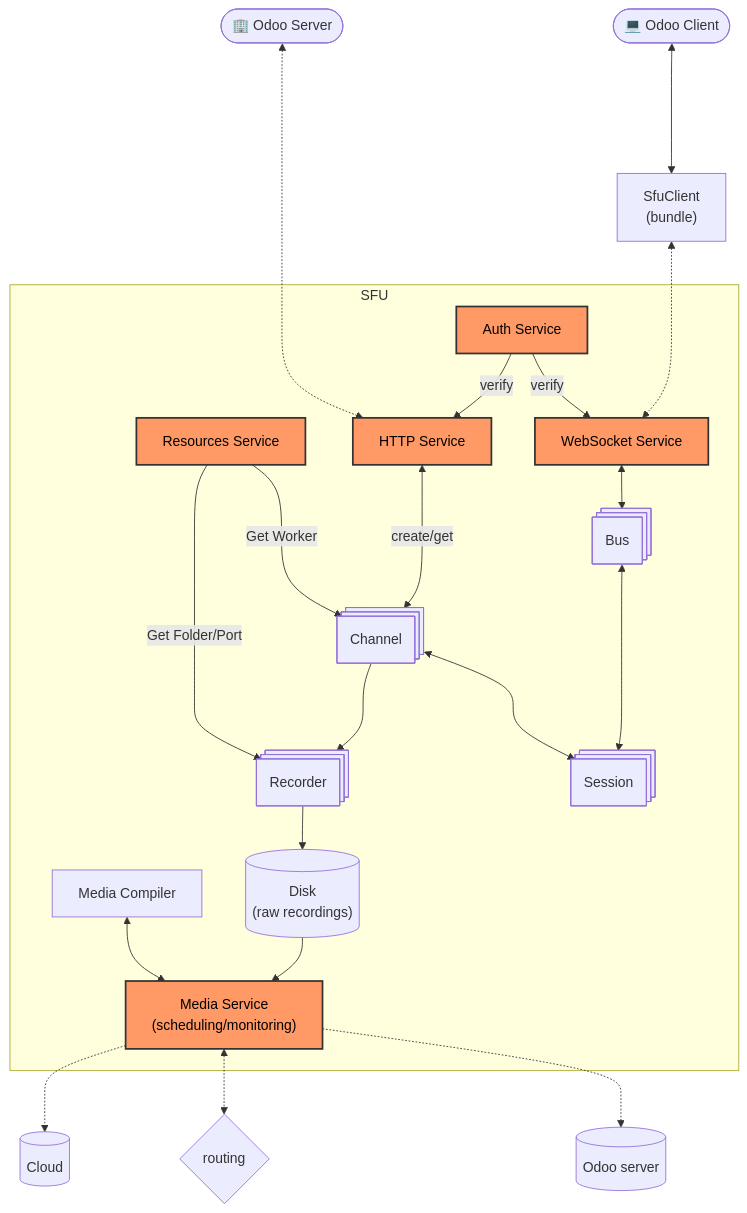
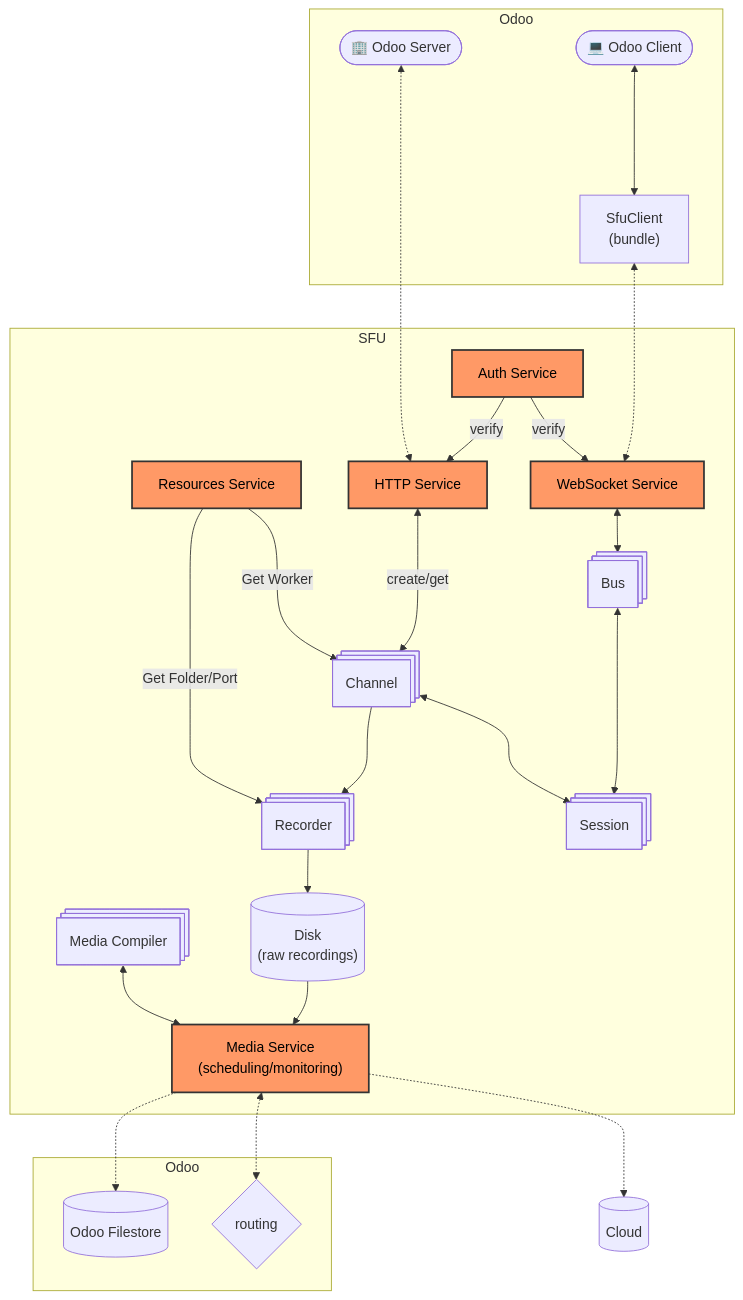
The first of 2 diagrams in doc/architecture.md (odoo/sfu), drawn with Mermaid before and after one commit. The commit also changed other lines of this file, not shown here.

Commit message:
[wip] arch graph

````diff
--- a/doc/architecture.md
+++ b/doc/architecture.md
@@ -3,54 +3,63 @@
 ```mermaid
 flowchart TB
  subgraph s1["SFU"]
         HTTP["HTTP Service"]
         WS["WebSocket Service"]
         Auth["Auth Service"]
         Bus["Bus"]
         Channel["Channel"]
         Resources["Resources Service"]
         Recorder["Recorder"]
         Media["Media Service<br>(scheduling/monitoring)"]
         Session["Session"]
         Disk["Disk<br>(raw recordings)"]
-        MC
+        MC["Media Compiler"]
+  end
+  subgraph s2["Odoo"]
+        Server(["🏢 Odoo Server"])
+        Client(["💻 Odoo Client"])
+        CB["SfuClient</br>(bundle)"]
   end
     C1["Cloud"]
     Auth -- verify --> WS
-    Server(["🏢 Odoo Server"]) <-.....-> HTTP
-    CB["SfuClient</br>(bundle)"]
-    Client(["💻 Odoo Client"]) <----> CB
+    Server <-.....-> HTTP
+    Client <----> CB
     CB <-..-> WS
     Auth -- verify --> HTTP
     WS <--> Bus
     Channel <---> Session
     Bus <----> Session
     Resources -- Get Worker---> Channel
     Resources -- Get Folder/Port ---> Recorder
     HTTP <-- create/get ---> Channel
     
     Channel ---> Recorder
     Recorder --> Disk
     
+subgraph s3["Odoo"]
+    O2["Odoo Filestore"]
+    R1(["routing"])
+end
     Media -.-> C1
-    Media <-.-> R1(["routing"])
-    Media -.-> O2["Odoo server"]
-    MC["Media Compiler"] <--> Media
+    Media <-.-> R1
+    Media -.-> O2
+    MC <--> Media
     Disk --> Media
     
 
     Bus@{shape: procs}
     Channel@{shape: procs}
     Recorder@{shape: procs}
     Session@{shape: procs}
+    MC@{shape: procs}
     R1@{shape: diamond}
     O2@{shape: cyl}
     Disk@{shape: cyl}
     C1@{shape: cyl}
     HTTP:::service
     WS:::service
     Auth:::service
     Media:::service
     Resources:::service
     classDef service fill:#f96,stroke:#333,stroke-width:2px,color:#000
 ```
````
